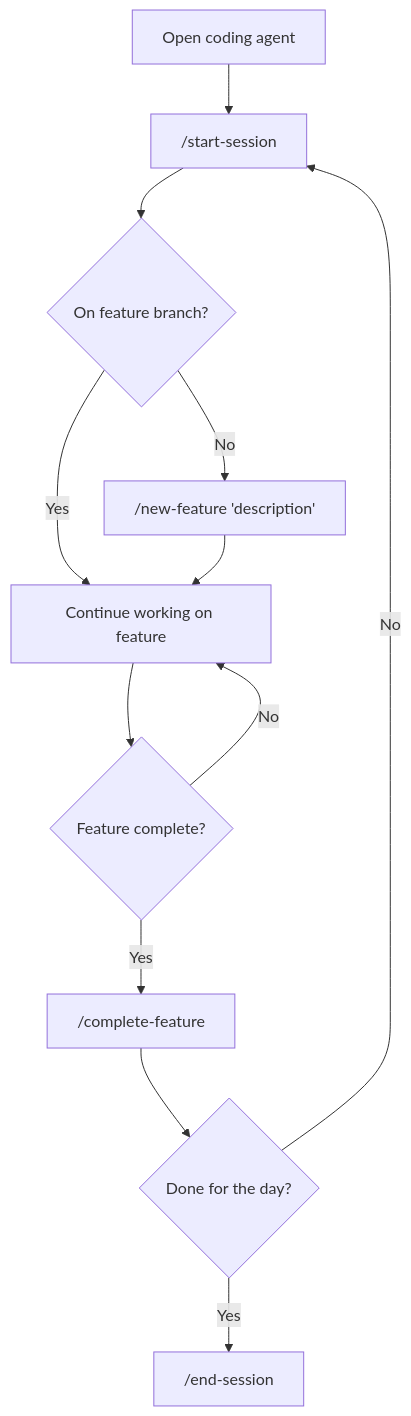
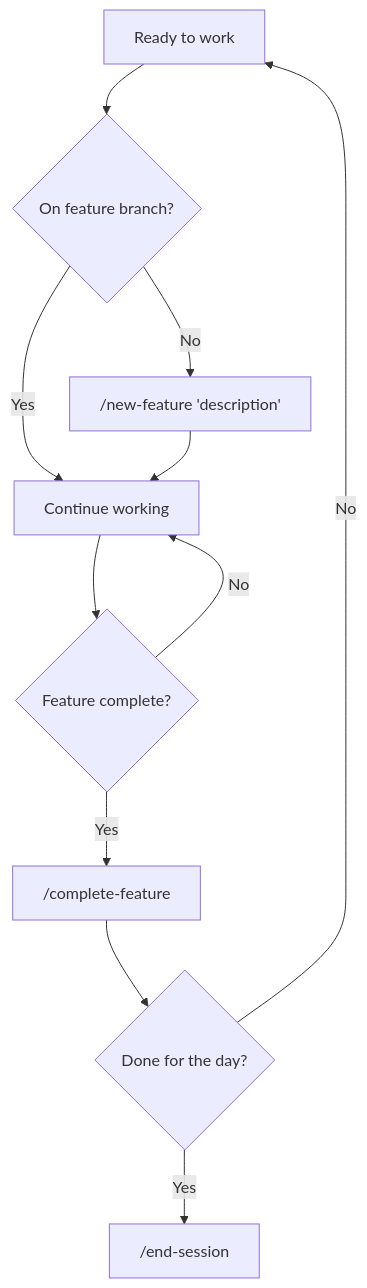
One commit to Squared-Lemons/Squared-Agent changed the tenth of 14 diagrams in README.md. Above: the diagram before and after it, drawn with Mermaid. The commit also changed other lines of this file and 38 other files, not shown here.

````diff
--- a/README.md
+++ b/README.md
@@ -239,14 +390,13 @@
 ```mermaid
 flowchart TD
-    A["Open coding agent"] --> B["/start-session"]
-    B --> C{On feature branch?}
-    C -->|Yes| D["Continue working on feature"]
-    C -->|No| E["/new-feature 'description'"]
-    E --> D
-    D --> F{Feature complete?}
-    F -->|Yes| G["/complete-feature"]
-    F -->|No| D
-    G --> H{Done for the day?}
-    H -->|Yes| I["/end-session"]
-    H -->|No| B
+    A["Ready to work"] --> B{On feature branch?}
+    B -->|Yes| C["Continue working"]
+    B -->|No| D["/new-feature 'description'"]
+    D --> C
+    C --> E{Feature complete?}
+    E -->|Yes| F["/complete-feature"]
+    E -->|No| C
+    F --> G{Done for the day?}
+    G -->|Yes| H["/end-session"]
+    G -->|No| A
 ```
````
